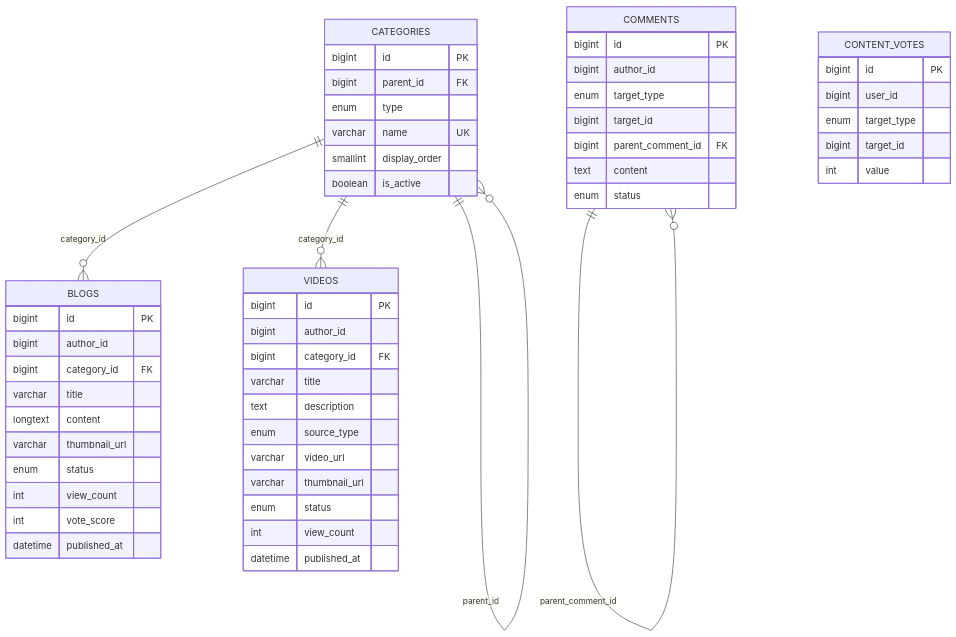
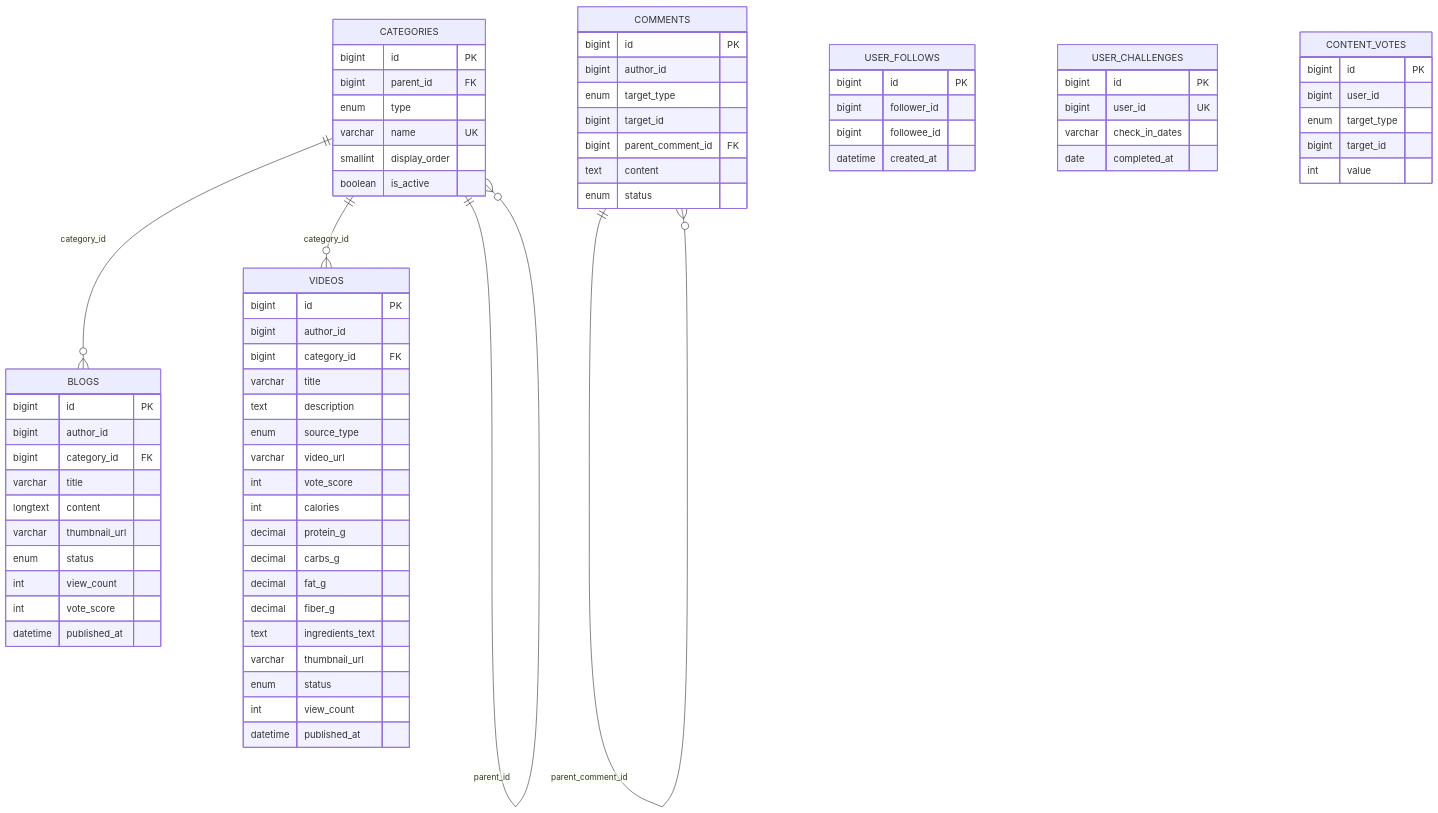
One commit to Phu0312/VeggiePal-Microservice changed the eighth of 19 diagrams in docs/PRM_CAPSTONE.md. Above: the diagram before and after it, drawn with Mermaid. The commit also changed other lines of this file and 170 other files, not shown here.

````diff
--- a/docs/PRM_CAPSTONE.md
+++ b/docs/PRM_CAPSTONE.md
@@ -544,56 +606,75 @@
 ```mermaid
 erDiagram
     CATEGORIES {
         bigint id PK
         bigint parent_id FK
         enum type
         varchar name UK
         smallint display_order
         boolean is_active
     }
     BLOGS {
         bigint id PK
         bigint author_id
         bigint category_id FK
         varchar title
         longtext content
         varchar thumbnail_url
         enum status
         int view_count
         int vote_score
         datetime published_at
     }
     VIDEOS {
         bigint id PK
         bigint author_id
         bigint category_id FK
         varchar title
         text description
         enum source_type
         varchar video_url
+        int vote_score
+        int calories
+        decimal protein_g
+        decimal carbs_g
+        decimal fat_g
+        decimal fiber_g
+        text ingredients_text
         varchar thumbnail_url
         enum status
         int view_count
         datetime published_at
     }
     COMMENTS {
         bigint id PK
         bigint author_id
         enum target_type
         bigint target_id
         bigint parent_comment_id FK
         text content
         enum status
     }
+    USER_FOLLOWS {
+        bigint id PK
+        bigint follower_id
+        bigint followee_id
+        datetime created_at
+    }
+    USER_CHALLENGES {
+        bigint id PK
+        bigint user_id UK
+        varchar check_in_dates
+        date completed_at
+    }
     CONTENT_VOTES {
         bigint id PK
         bigint user_id
         enum target_type
         bigint target_id
         int value
     }
     CATEGORIES ||--o{ CATEGORIES : "parent_id"
     CATEGORIES ||--o{ BLOGS : "category_id"
     CATEGORIES ||--o{ VIDEOS : "category_id"
     COMMENTS ||--o{ COMMENTS : "parent_comment_id"
 ```
````
